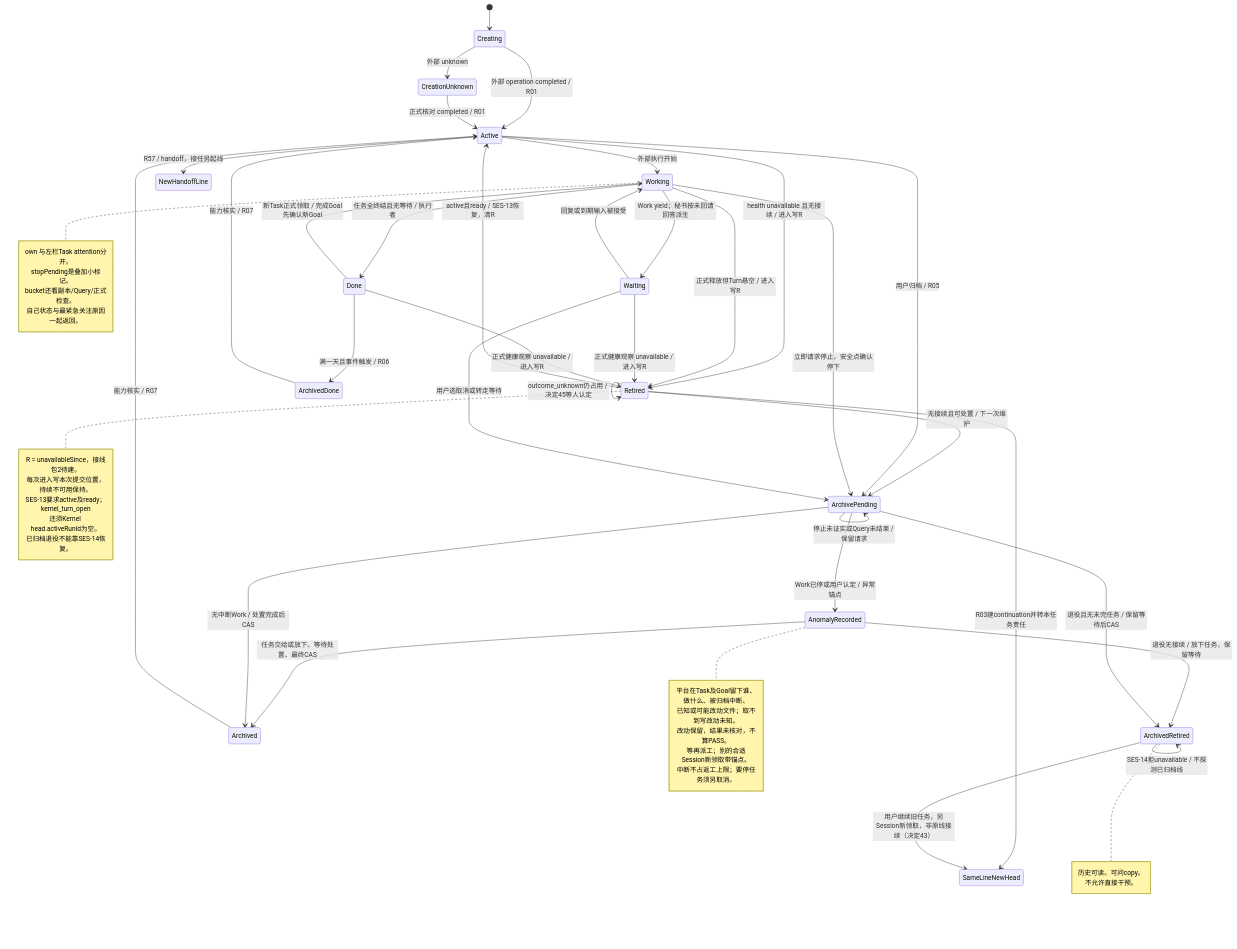
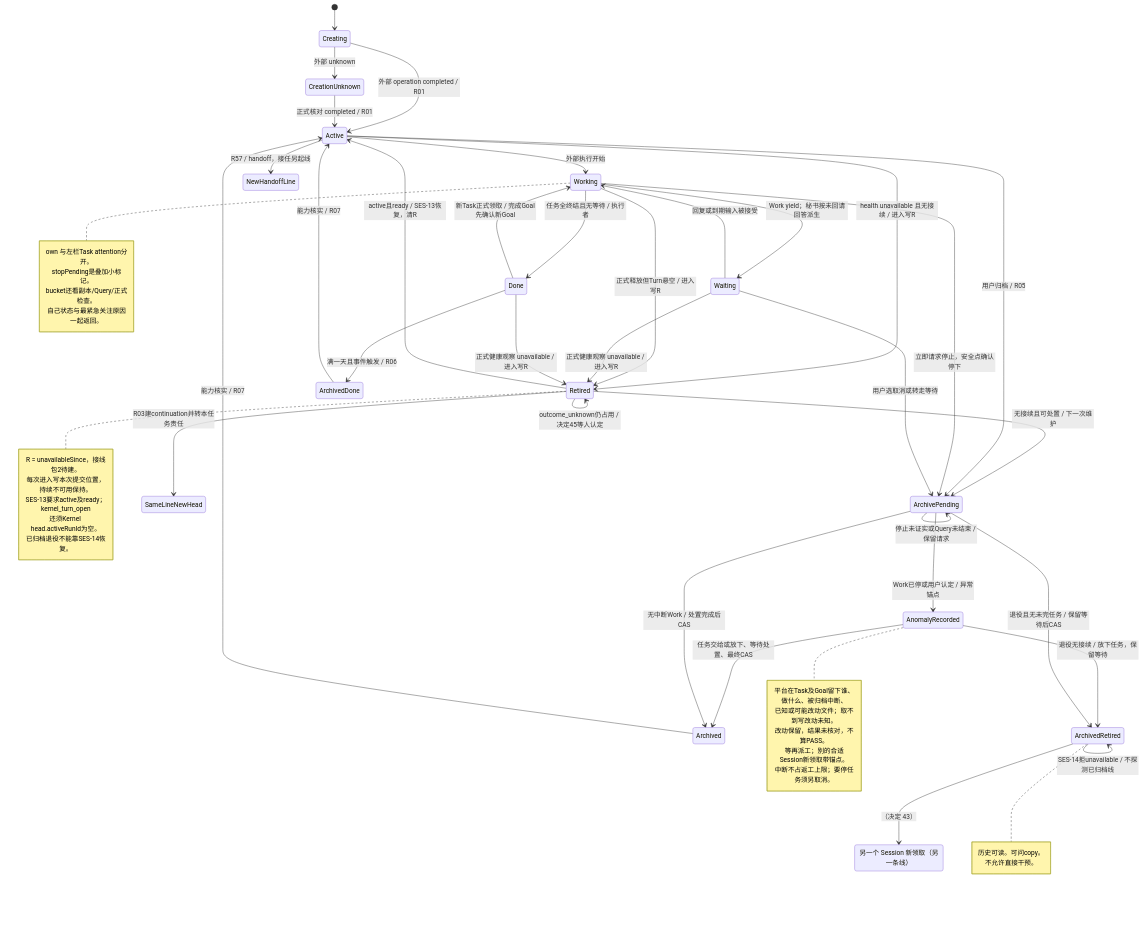
Before and after one commit to hk865/coding-platform: the third of 24 diagrams in docs/refactor/design/orchestration-2026-10/model/DIAGRAMS.md, drawn with Mermaid. The commit also changed other lines of this file and 7 other files, not shown here.

````diff
--- a/docs/refactor/design/orchestration-2026-10/model/DIAGRAMS.md
+++ b/docs/refactor/design/orchestration-2026-10/model/DIAGRAMS.md
@@ -107,59 +107,60 @@
 ```mermaid
 stateDiagram-v2
   [*] --> Creating
   Creating --> Active: 外部 operation completed / R01
   Creating --> CreationUnknown: 外部 unknown
   CreationUnknown --> Active: 正式核对 completed / R01
   Active --> Working: 外部执行开始
   Working --> Waiting: Work yield；秘书按未回请回答派生
   Working --> Done: 任务全终结且无等待 / 执行者
   Active --> Retired: health unavailable 且无接续 / 进入写R
   Working --> Retired: 正式释放但Turn悬空 / 进入写R
   Waiting --> Retired: 正式健康观察 unavailable / 进入写R
   Done --> Retired: 正式健康观察 unavailable / 进入写R
   Retired --> Active: active且ready / SES-13恢复，清R
   Waiting --> Working: 回复或到期输入被接受
   Done --> Working: 新Task正式领取 / 完成Goal先确认新Goal
   Done --> ArchivedDone: 满一天且事件触发 / R06
   Retired --> Retired: outcome_unknown仍占用 / 决定45等人认定
   Retired --> ArchivePending: 无接续且可处置 / 下一次维护
   Active --> ArchivePending: 用户归档 / R05
   Working --> ArchivePending: 立即请求停止，安全点确认停下
   Waiting --> ArchivePending: 用户选取消或转走等待
   ArchivePending --> ArchivePending: 停止未证实或Query未结束 / 保留请求
   ArchivePending --> AnomalyRecorded: Work已停或用户认定 / 异常锚点
   AnomalyRecorded --> Archived: 任务交给或放下、等待处置、最终CAS
   AnomalyRecorded --> ArchivedRetired: 退役无接续 / 放下任务，保留等待
   ArchivePending --> Archived: 无中断Work / 处置完成后CAS
   ArchivePending --> ArchivedRetired: 退役且无未完任务 / 保留等待后CAS
   ArchivedDone --> Active: 能力核实 / R07
   Archived --> Active: 能力核实 / R07
   ArchivedRetired --> ArchivedRetired: SES-14拒unavailable / 不探测已归档线
   Retired --> SameLineNewHead: R03建continuation并转本任务责任
-  ArchivedRetired --> SameLineNewHead: 用户继续旧任务，另Session新领取，非原线接续（决定43）
+  state "另一个 Session 新领取（另一条线）" as AnotherLineNewClaim
+  ArchivedRetired --> AnotherLineNewClaim: （决定 43）
   Active --> NewHandoffLine: R57 / handoff，接任另起线
   note right of Retired
     R = unavailableSince，接线包2待建。
     每次进入写本次提交位置，持续不可用保持。
     SES-13要求active及ready；kernel_turn_open
     还须Kernel head.activeRunId为空。
     已归档退役不能靠SES-14恢复。
   end note
   note right of AnomalyRecorded
     平台在Task及Goal留下谁、做什么、被归档中断、
     已知或可能改动文件；取不到写改动未知。
     改动保留，结果未核对，不算PASS。
     等再派工；别的合适Session新领取带锚点。
     中断不占返工上限；要停任务须另取消。
   end note
   note right of Working
     own 与左栏Task attention分开。
     stopPending是叠加小标记。
     bucket还看副本/Query/正式检查。
     自己状态与最紧急关注原因一起返回。
   end note
   note right of ArchivedRetired
     历史可读。可问copy。
     不允许直接干预。
   end note
 ```
````
